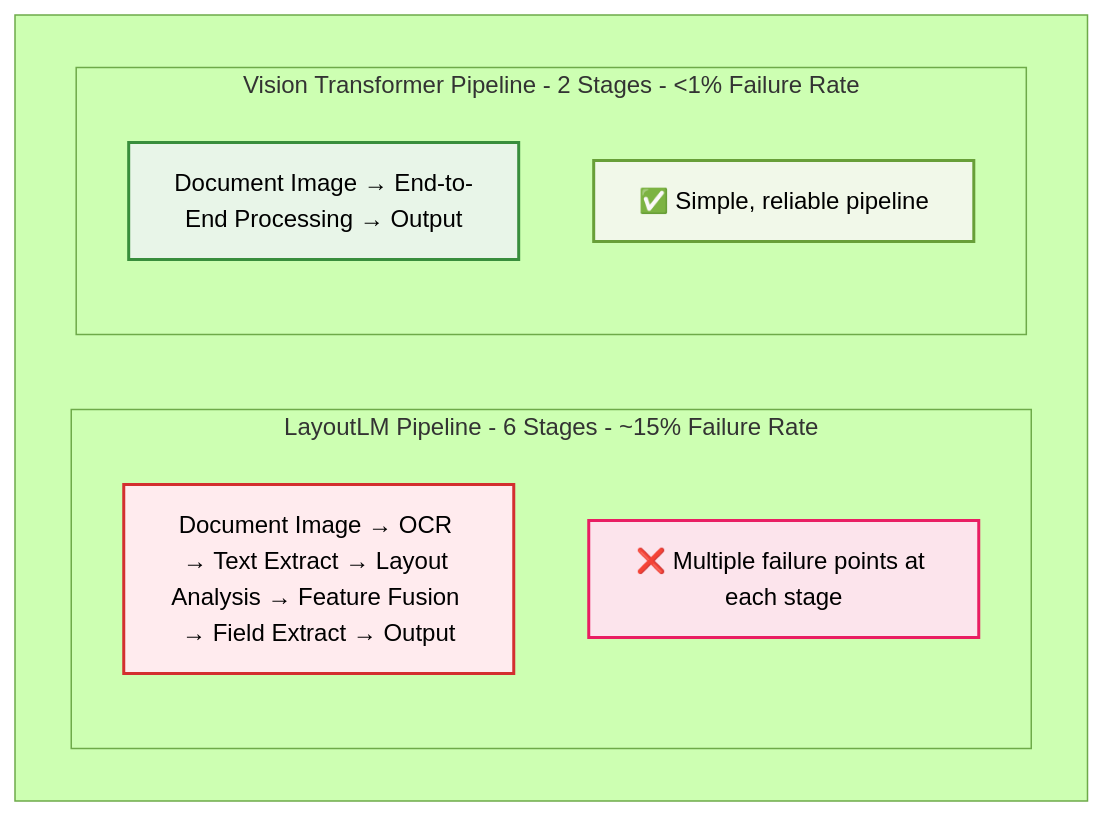
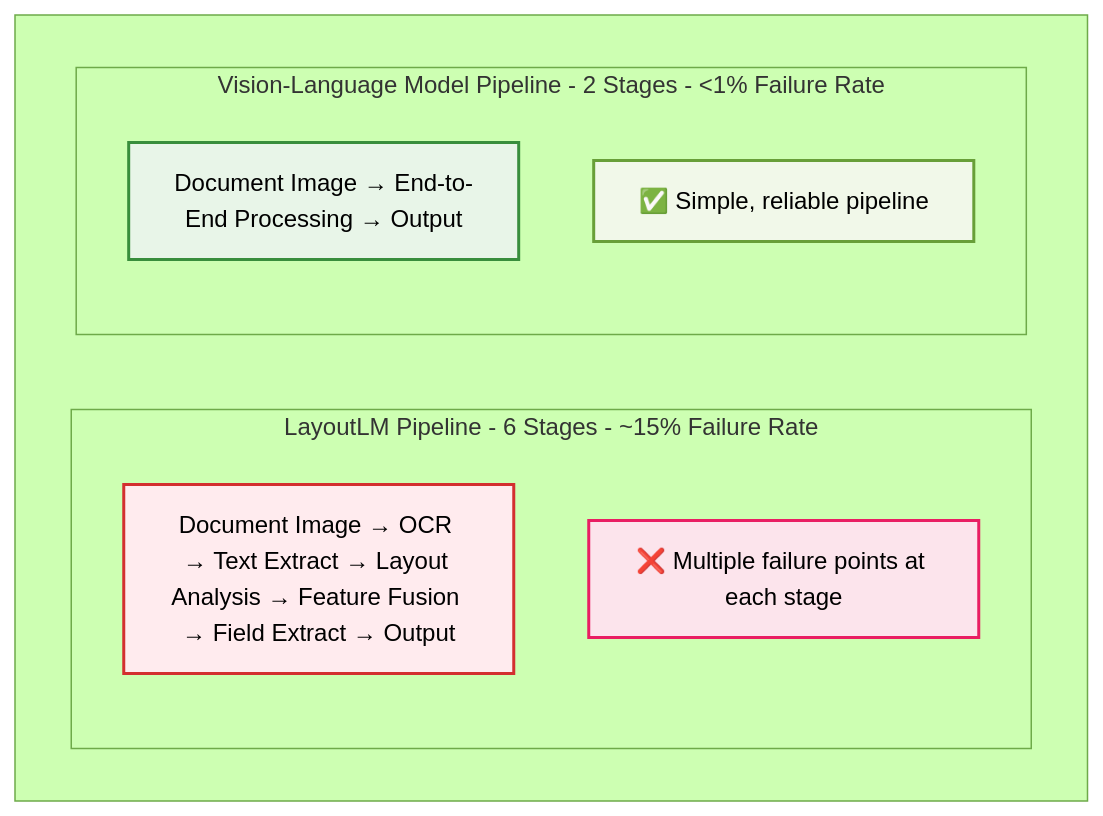
Before and after one commit to tmnestor/unified_vision_processor_minimal: the diagram in presentation_materials/presentation_diagrams/mermaid_exports/Document_Processing_Pipeline_Comparison_v2.mmd, drawn with Mermaid (forest theme). The commit also changed 12 other files, not shown here.

Commit message:
✨ feat: update presentation materials to reflect Vision-Language Model terminology and enhance clarity for tax document processing

```diff
--- a/presentation_materials/presentation_diagrams/mermaid_exports/Document_Processing_Pipeline_Comparison_v2.mmd
+++ b/presentation_materials/presentation_diagrams/mermaid_exports/Document_Processing_Pipeline_Comparison_v2.mmd
@@ -1,23 +1,23 @@
 graph TB
     subgraph comparison [" "]
         subgraph layoutlm ["LayoutLM Pipeline - 6 Stages - ~15% Failure Rate"]
             L1["Document Image → OCR → Text Extract → Layout Analysis → Feature Fusion → Field Extract → Output"]
             L2["❌ Multiple failure points at each stage"]
         end
         
-        subgraph vit ["Vision Transformer Pipeline - 2 Stages - <1% Failure Rate"]
+        subgraph vit ["Vision-Language Model Pipeline - 2 Stages - <1% Failure Rate"]
             V1["Document Image → End-to-End Processing → Output"]
             V2["✅ Simple, reliable pipeline"]
         end
     end
     
     %% Styling
     classDef layoutlmNode fill:#ffebee,stroke:#d32f2f,stroke-width:2px,color:#000
     classDef vitNode fill:#e8f5e8,stroke:#388e3c,stroke-width:2px,color:#000
     classDef failure fill:#fce4ec,stroke:#e91e63,stroke-width:2px,color:#000
     classDef success fill:#f1f8e9,stroke:#689f38,stroke-width:2px,color:#000
     
     class L1 layoutlmNode
     class L2 failure
     class V1 vitNode
     class V2 success
```
